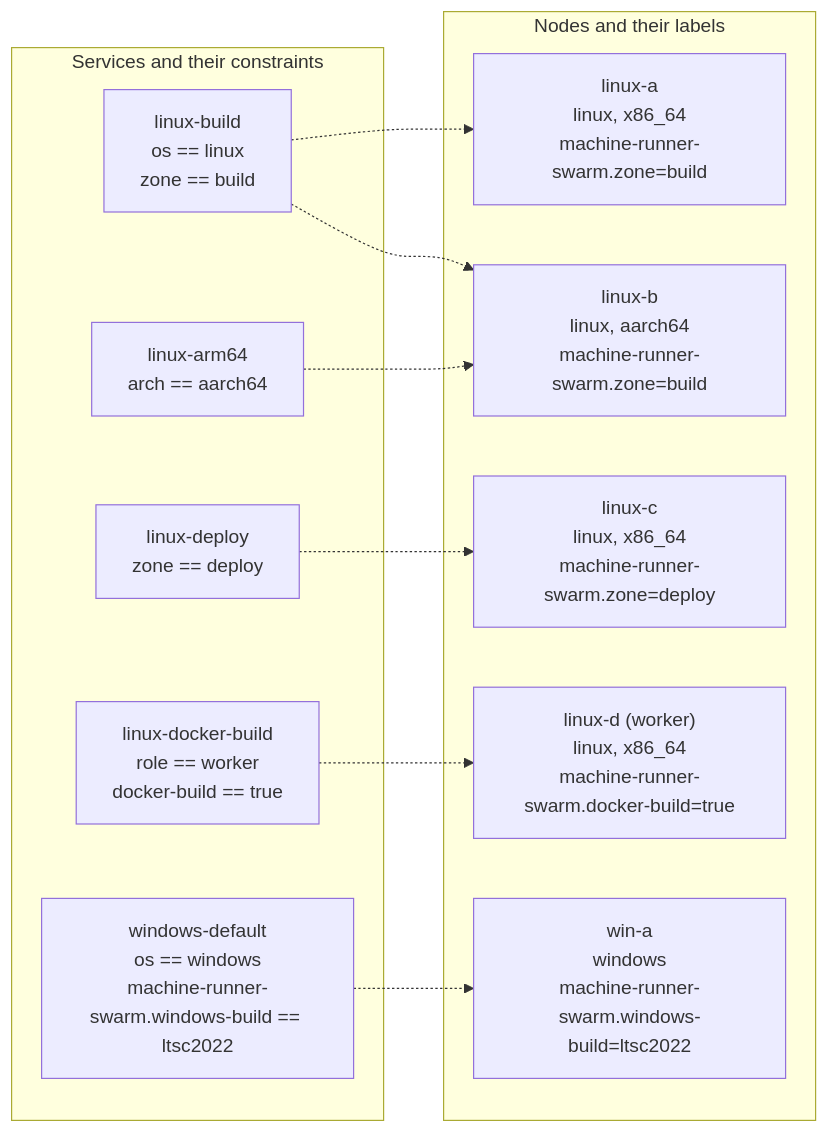
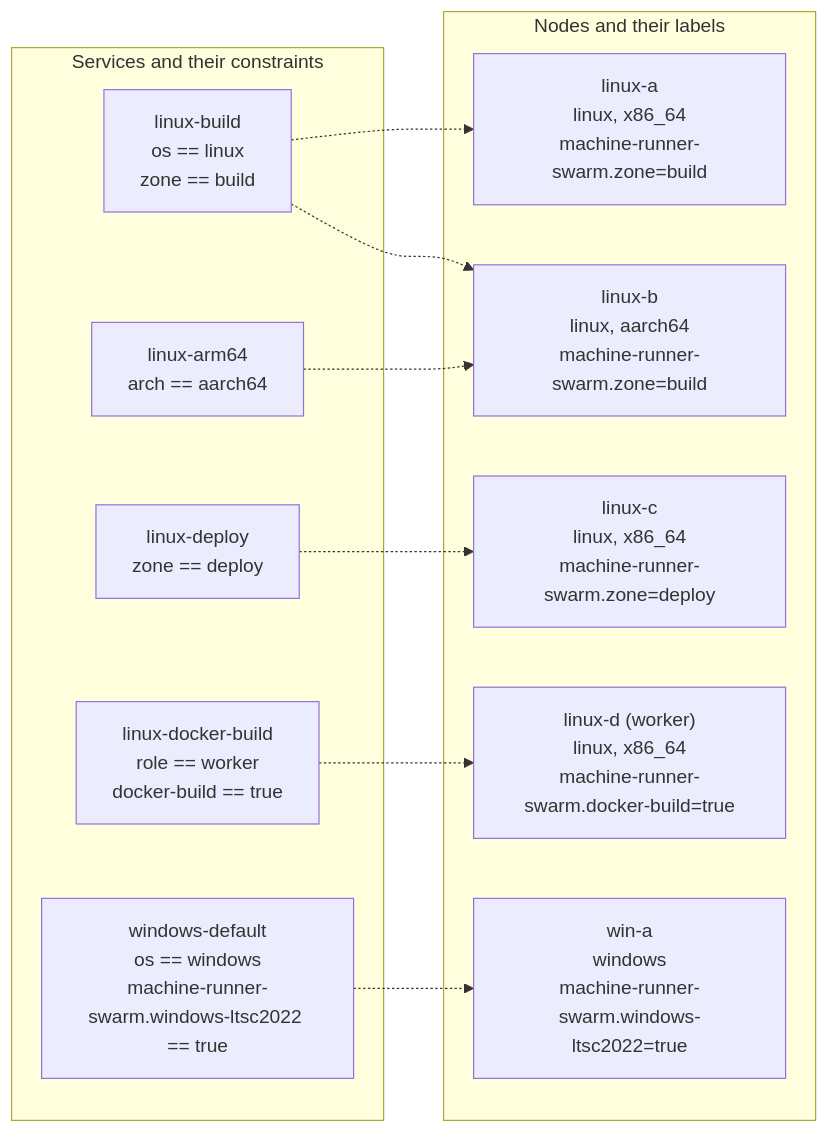
The diagram in docs/multi-node.md (CircleCI-Labs/scalable-machine-runner), drawn with Mermaid before and after one commit. The commit also changed other lines of this file and 16 other files, not shown here.

````diff
--- a/docs/multi-node.md
+++ b/docs/multi-node.md
@@ -13,25 +13,25 @@
 ```mermaid
 flowchart LR
   subgraph nodes["Nodes and their labels"]
     A["linux-a<br/>linux, x86_64<br/>machine-runner-swarm.zone=build"]
     B["linux-b<br/>linux, aarch64<br/>machine-runner-swarm.zone=build"]
     C["linux-c<br/>linux, x86_64<br/>machine-runner-swarm.zone=deploy"]
     D["linux-d (worker)<br/>linux, x86_64<br/>machine-runner-swarm.docker-build=true"]
-    W["win-a<br/>windows<br/>machine-runner-swarm.windows-build=ltsc2022"]
+    W["win-a<br/>windows<br/>machine-runner-swarm.windows-ltsc2022=true"]
   end
 
   subgraph services["Services and their constraints"]
     S1["linux-build<br/>os == linux<br/>zone == build"]
     S2["linux-arm64<br/>arch == aarch64"]
     S3["linux-deploy<br/>zone == deploy"]
     S4["linux-docker-build<br/>role == worker<br/>docker-build == true"]
-    S5["windows-default<br/>os == windows<br/>machine-runner-swarm.windows-build == ltsc2022"]
+    S5["windows-default<br/>os == windows<br/>machine-runner-swarm.windows-ltsc2022 == true"]
   end
 
   S1 -.-> A
   S1 -.-> B
   S2 -.-> B
   S3 -.-> C
   S4 -.-> D
   S5 -.-> W
 ```
````
